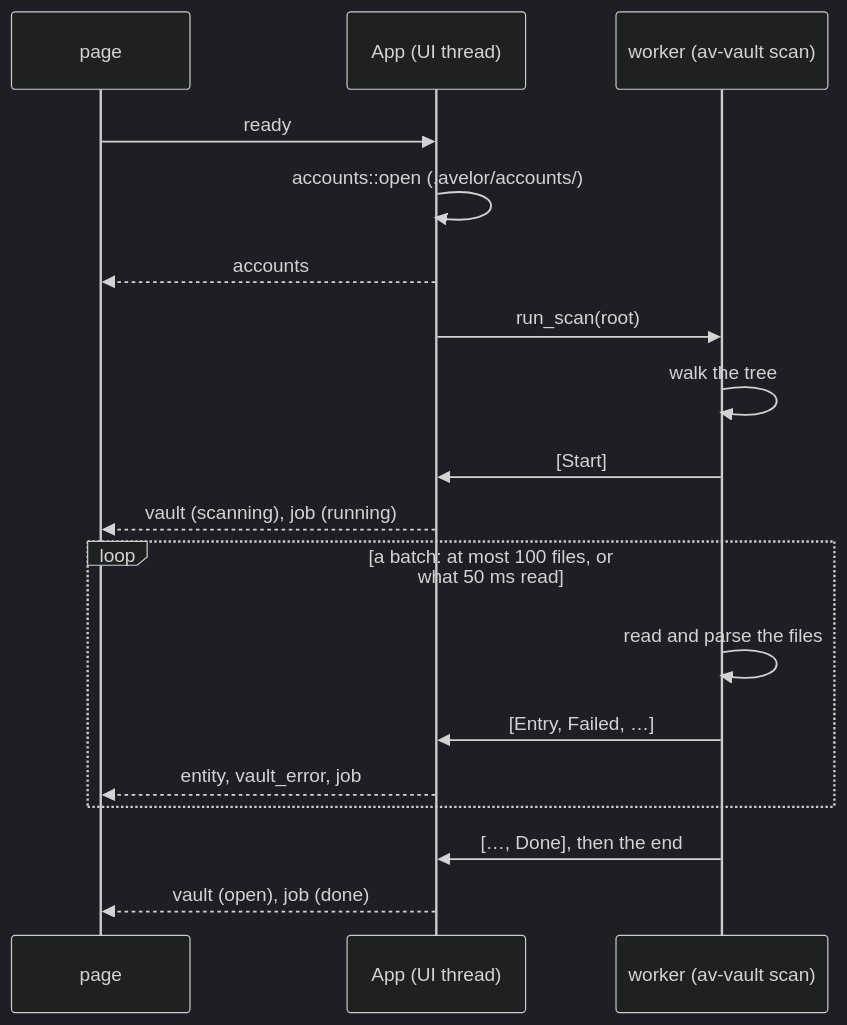
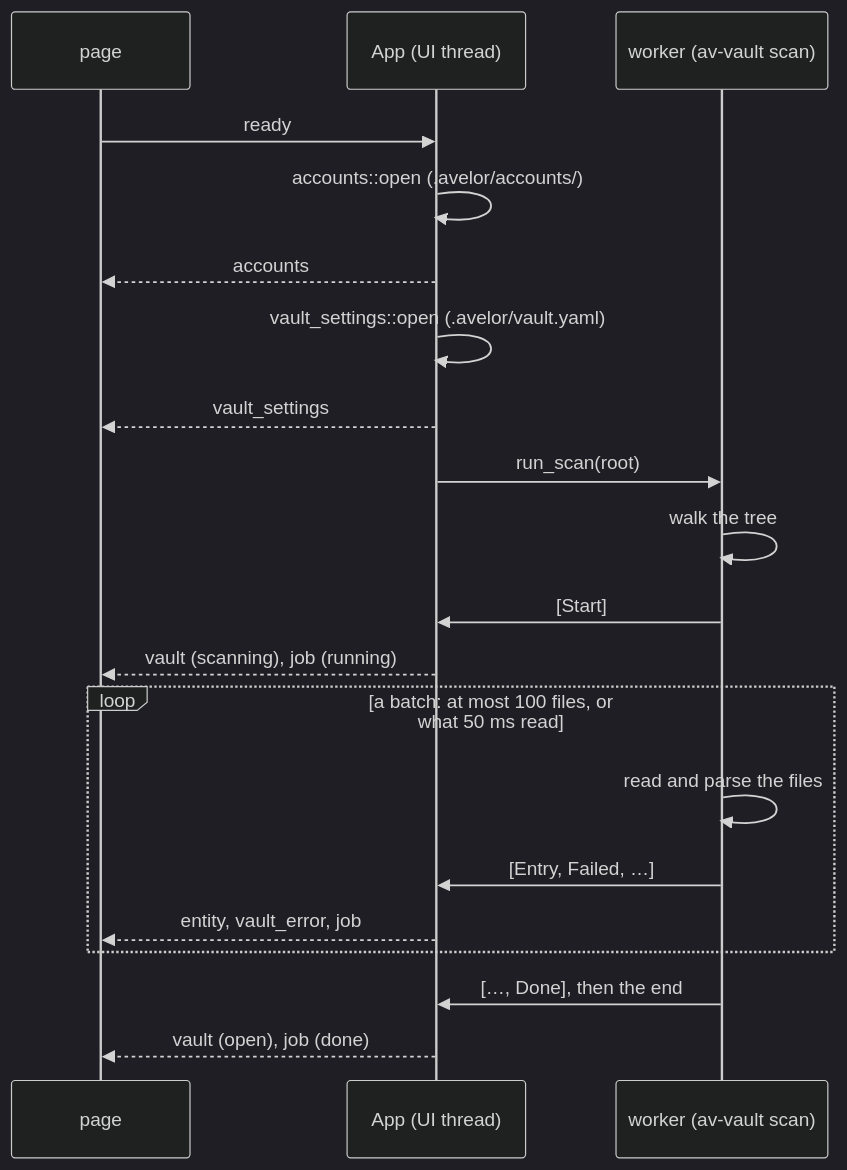
One commit to steschu77/avelor changed the diagram in docs/vault.md. Above: the diagram before and after it, drawn with Mermaid (dark theme). The commit also changed other lines of this file and 37 other files, not shown here.

````diff
--- a/docs/vault.md
+++ b/docs/vault.md
@@ -715,20 +747,22 @@
 ```mermaid
 sequenceDiagram
     participant P as page
     participant S as App (UI thread)
     participant W as worker (av-vault scan)
     P->>S: ready
     S->>S: accounts::open (.avelor/accounts/)
     S-->>P: accounts
+    S->>S: vault_settings::open (.avelor/vault.yaml)
+    S-->>P: vault_settings
     S->>W: run_scan(root)
     W->>W: walk the tree
     W->>S: [Start]
     S-->>P: vault (scanning), job (running)
     loop a batch: at most 100 files, or what 50 ms read
         W->>W: read and parse the files
         W->>S: [Entry, Failed, …]
         S-->>P: entity, vault_error, job
     end
     W->>S: […, Done], then the end
     S-->>P: vault (open), job (done)
 ```
````
